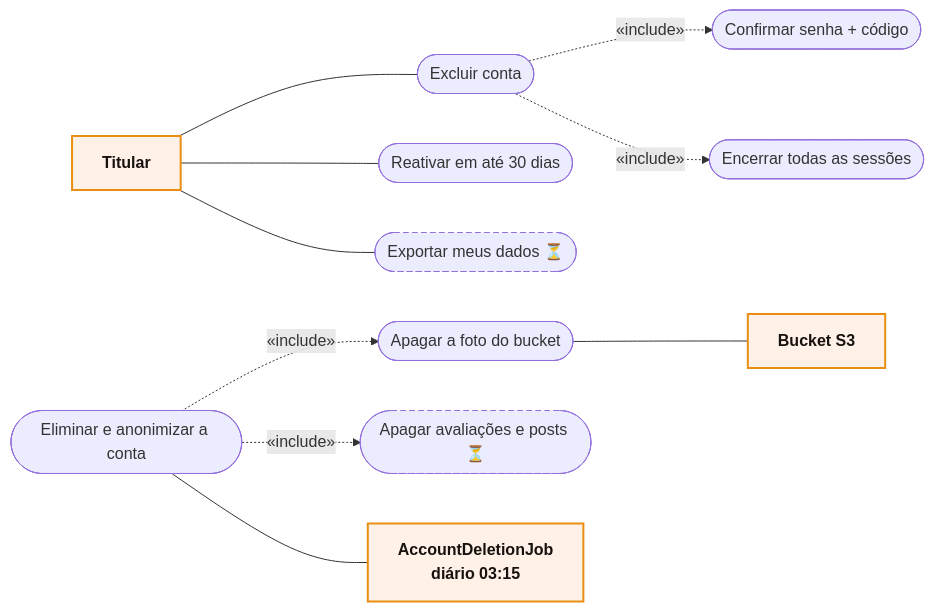
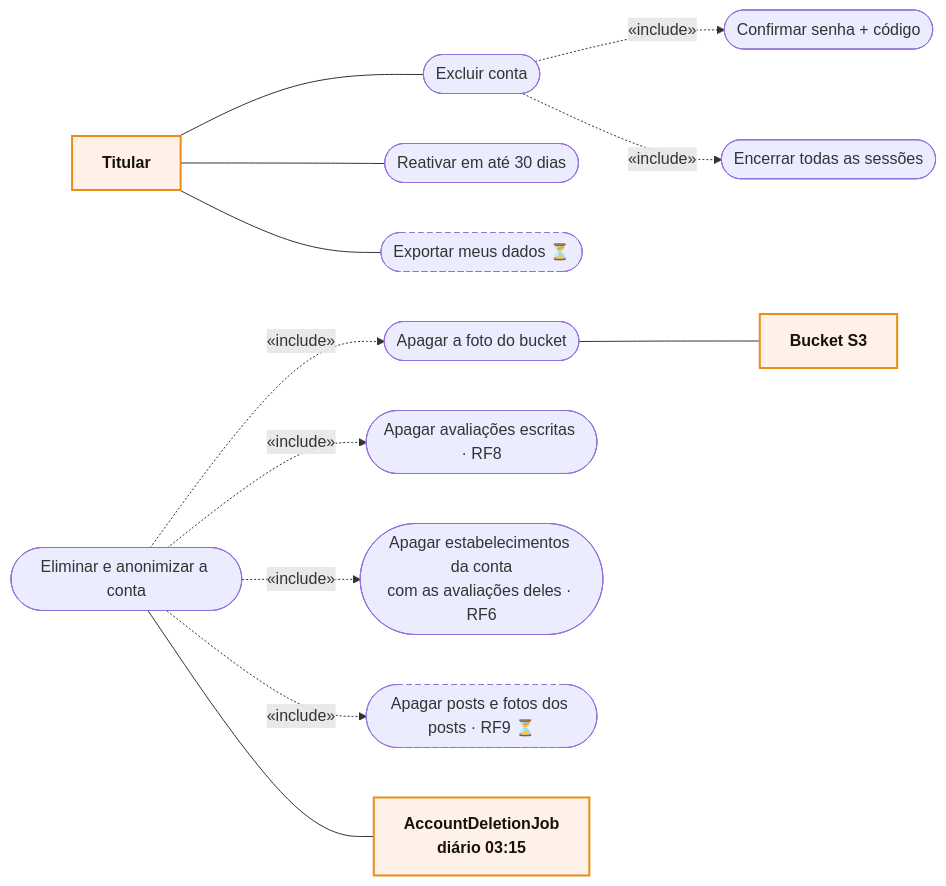
Before and after one commit to MatheusHaliski/Friendly-Eats: the diagram in docs/RF5/casos-de-uso.md, drawn with Mermaid. The commit also changed 79 other files, not shown here.

````diff
--- a/docs/RF5/casos-de-uso.md
+++ b/docs/RF5/casos-de-uso.md
@@ -3,27 +3,31 @@
 ```mermaid
 flowchart LR
     T["Titular"]:::actor
 
     EXC(["Excluir conta"])
     SUDO(["Confirmar senha + código"])
     FIM(["Encerrar todas as sessões"])
     REAT(["Reativar em até 30 dias"])
     EXP(["Exportar meus dados ⏳"]):::planned
     ELIM(["Eliminar e anonimizar a conta"])
     FOTO(["Apagar a foto do bucket"])
-    APAG(["Apagar avaliações e posts ⏳"]):::planned
+    AVAL(["Apagar avaliações escritas · RF8"])
+    ESTB(["Apagar estabelecimentos da conta<br/>com as avaliações deles · RF6"])
+    APAG(["Apagar posts e fotos dos posts · RF9 ⏳"]):::planned
 
     JOB["AccountDeletionJob<br/>diário 03:15"]:::actor
     S3["Bucket S3"]:::actor
 
     T --- EXC & REAT & EXP
     EXC -. «include» .-> SUDO
     EXC -. «include» .-> FIM
     ELIM -. «include» .-> FOTO
+    ELIM -. «include» .-> AVAL
+    ELIM -. «include» .-> ESTB
     ELIM -. «include» .-> APAG
     ELIM --- JOB
     FOTO --- S3
 
     classDef actor fill:#FFF1E8,stroke:#E88F12,stroke-width:2px,color:#17120D,font-weight:bold
     classDef planned stroke-dasharray:5 4
 ```
````
